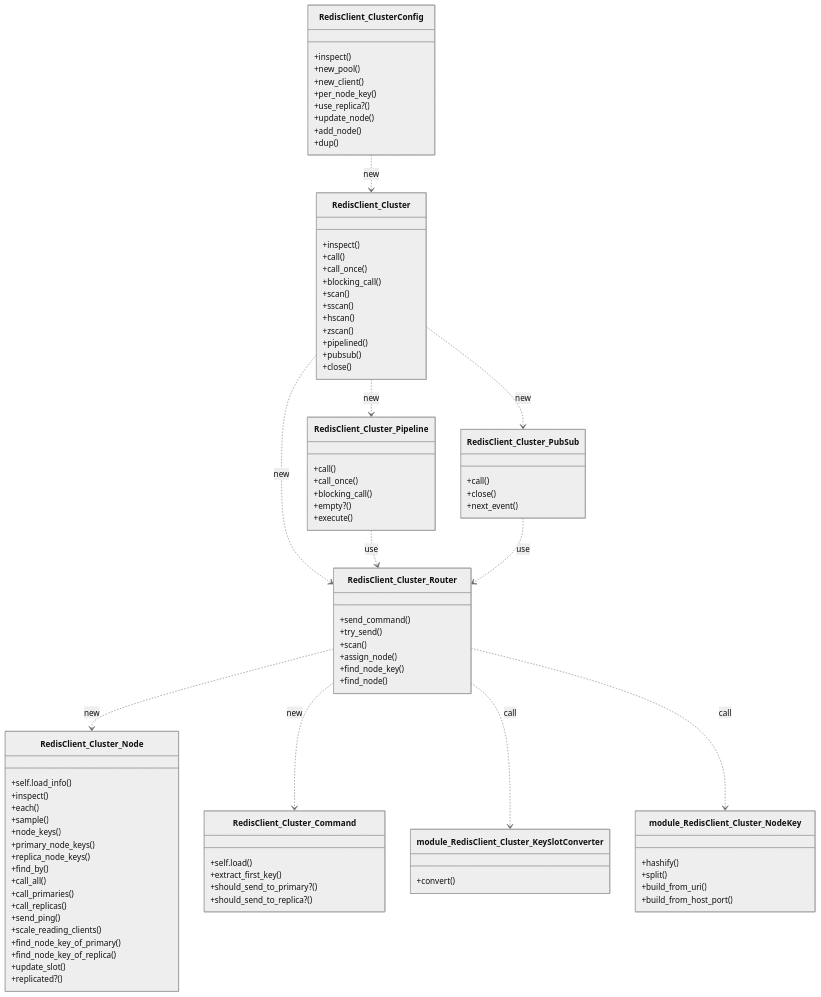
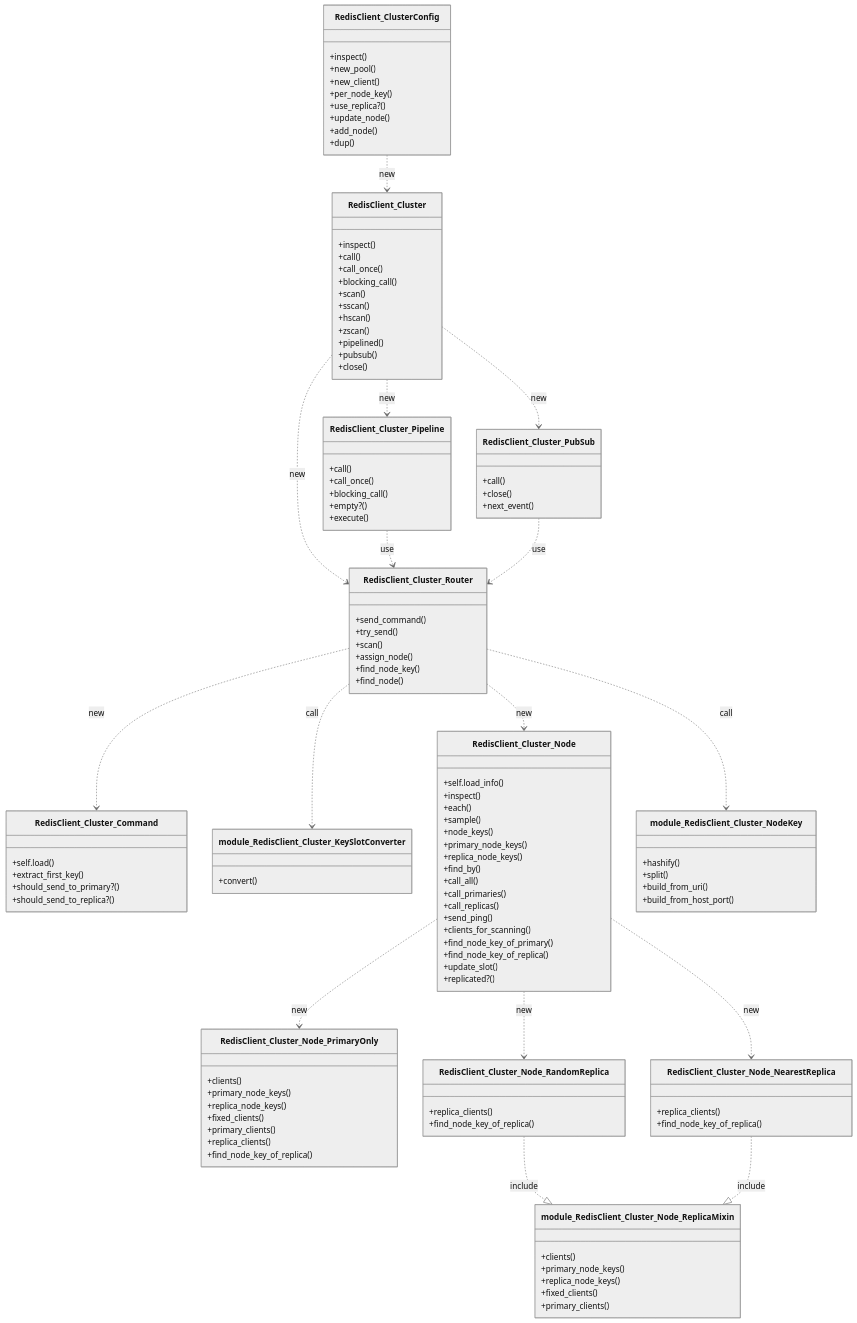
Before and after one commit to redis-rb/redis-cluster-client: the diagram in docs/class_diagrams_redis_cluster_client.md, drawn with Mermaid (neutral theme). The commit also changed 11 other files, not shown here.

````diff
--- a/docs/class_diagrams_redis_cluster_client.md
+++ b/docs/class_diagrams_redis_cluster_client.md
@@ -51,11 +51,39 @@
     +call_primaries()
     +call_replicas()
     +send_ping()
-    +scale_reading_clients()
+    +clients_for_scanning()
     +find_node_key_of_primary()
     +find_node_key_of_replica()
     +update_slot()
     +replicated?()
+  }
+
+  class RedisClient_Cluster_Node_PrimaryOnly {
+    +clients()
+    +primary_node_keys()
+    +replica_node_keys()
+    +fixed_clients()
+    +primary_clients()
+    +replica_clients()
+    +find_node_key_of_replica()
+  }
+
+  class RedisClient_Cluster_Node_RandomReplica {
+    +replica_clients()
+    +find_node_key_of_replica()
+  }
+
+  class RedisClient_Cluster_Node_NearestReplica {
+    +replica_clients()
+    +find_node_key_of_replica()
+  }
+
+  class module_RedisClient_Cluster_Node_ReplicaMixin {
+    +clients()
+    +primary_node_keys()
+    +replica_node_keys()
+    +fixed_clients()
+    +primary_clients()
   }
 
   class module_RedisClient_Cluster_NodeKey {
@@ -101,4 +129,10 @@
   RedisClient_Cluster_Router ..> RedisClient_Cluster_Command : new
   RedisClient_Cluster_Router ..> module_RedisClient_Cluster_KeySlotConverter : call
   RedisClient_Cluster_Router ..> module_RedisClient_Cluster_NodeKey : call
+
+  RedisClient_Cluster_Node_RandomReplica ..|> module_RedisClient_Cluster_Node_ReplicaMixin : include
+  RedisClient_Cluster_Node_NearestReplica ..|> module_RedisClient_Cluster_Node_ReplicaMixin : include
+  RedisClient_Cluster_Node ..> RedisClient_Cluster_Node_PrimaryOnly : new
+  RedisClient_Cluster_Node ..> RedisClient_Cluster_Node_RandomReplica : new
+  RedisClient_Cluster_Node ..> RedisClient_Cluster_Node_NearestReplica : new
 ```
````
